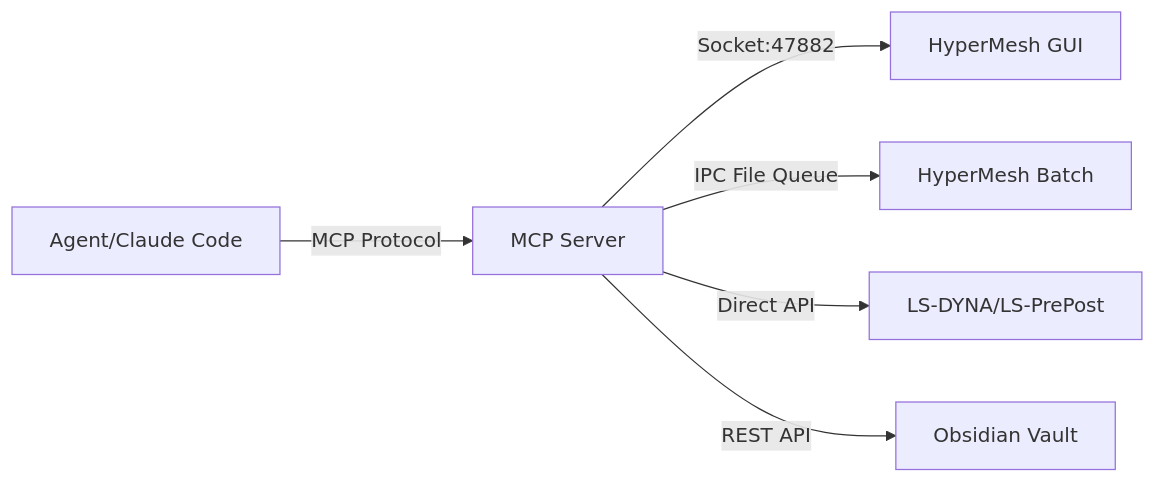
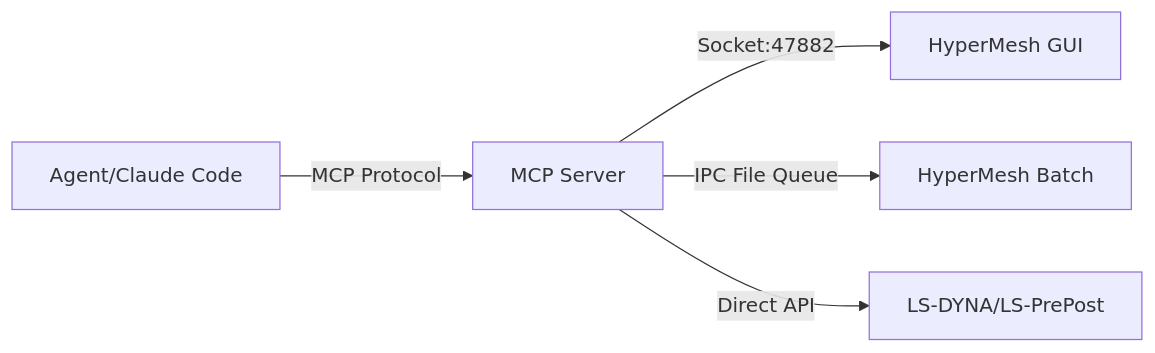
Before and after one commit to yesooner/hyper-dyna-mcp: the first of 2 diagrams in README.en.md, drawn with Mermaid. The commit also changed other lines of this file and 3 other files, not shown here.

````diff
--- a/README.en.md
+++ b/README.en.md
@@ -38,8 +37,7 @@
 ```mermaid
 graph LR
     A[Agent/Claude Code] -->|MCP Protocol| B[MCP Server]
     B -->|Socket:47882| C[HyperMesh GUI]
     B -->|IPC File Queue| D[HyperMesh Batch]
     B -->|Direct API| E[LS-DYNA/LS-PrePost]
-    B -->|REST API| F[Obsidian Vault]
 ```
````
